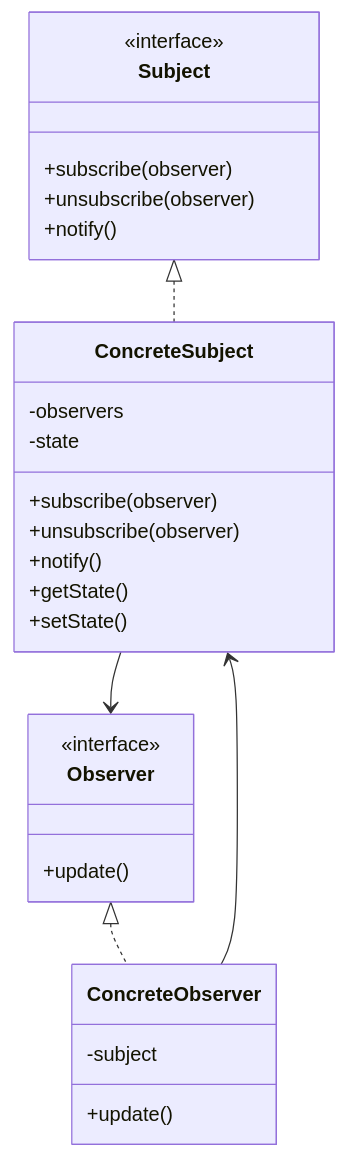
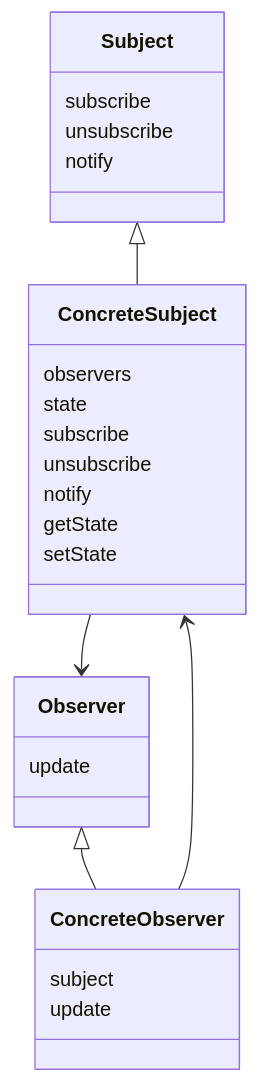
Before and after one commit to gojosatoru123-ux/CacheU: the fifth of 7 diagrams in src/content/lld-observer-design-pattern.md, drawn with Mermaid. The commit also changed other lines of this file and 21 other files, not shown here.

````diff
--- a/src/content/lld-observer-design-pattern.md
+++ b/src/content/lld-observer-design-pattern.md
@@ -281,34 +279,32 @@
 ```mermaid
 classDiagram
-    class Subject {
-        <<interface>>
-        +subscribe(observer)
-        +unsubscribe(observer)
-        +notify()
-    }
+class Subject {
+    subscribe
+    unsubscribe
+    notify
+}
 
-    class ConcreteSubject {
-        -observers
-        -state
-        +subscribe(observer)
-        +unsubscribe(observer)
-        +notify()
-        +getState()
-        +setState()
-    }
+class ConcreteSubject {
+    observers
+    state
+    subscribe
+    unsubscribe
+    notify
+    getState
+    setState
+}
 
-    class Observer {
-        <<interface>>
-        +update()
-    }
+class Observer {
+    update
+}
 
-    class ConcreteObserver {
-        -subject
-        +update()
-    }
+class ConcreteObserver {
+    subject
+    update
+}
 
-    Subject <|.. ConcreteSubject
-    Observer <|.. ConcreteObserver
-    ConcreteSubject --> Observer
-    ConcreteObserver --> ConcreteSubject
+Subject <|-- ConcreteSubject
+Observer <|-- ConcreteObserver
+ConcreteSubject --> Observer
+ConcreteObserver --> ConcreteSubject
 ```
````
